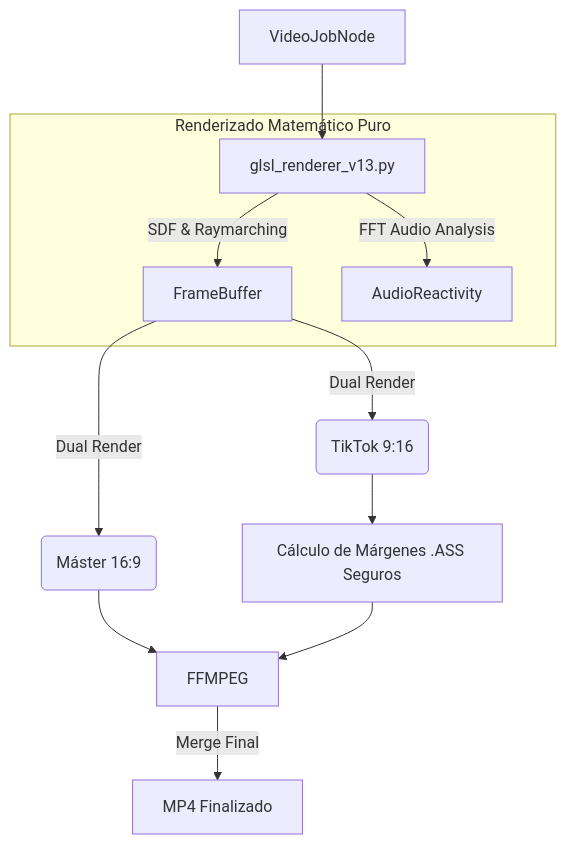
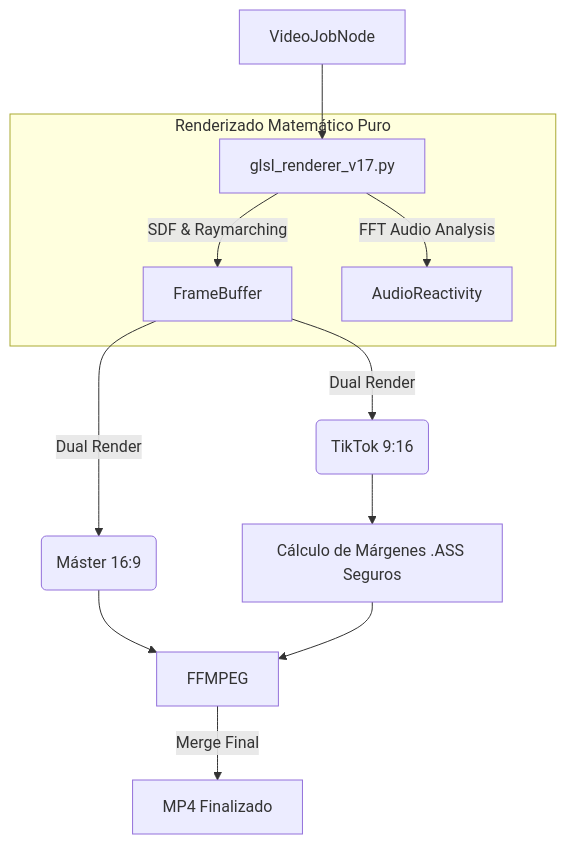
The first of 2 diagrams in wiki/3-Pipelines-y-Herramientas.md (DarckRovert/Gravity_AI_bridge), drawn with Mermaid before and after one commit. The commit also changed 1 other file, not shown here.

Commit message:
chore: Gravity AI Bridge V16.6 PRO [Diamond-Tier] - estabilizado 2026-06-28  7:40

````diff
--- a/wiki/3-Pipelines-y-Herramientas.md
+++ b/wiki/3-Pipelines-y-Herramientas.md
@@ -15,17 +15,17 @@
 ```mermaid
 graph TD
-    Job[VideoJobNode] --> Engine[glsl_renderer_v13.py]
+    Job[VideoJobNode] --> Engine[glsl_renderer_v17.py]
     
     subgraph Renderizado Matemático Puro
         Engine -->|SDF & Raymarching| FrameBuffer
         Engine -->|FFT Audio Analysis| AudioReactivity
     end
     
     FrameBuffer -->|Dual Render| Out1(Máster 16:9)
     FrameBuffer -->|Dual Render| Out2(TikTok 9:16)
     
     Out2 --> Subtitles[Cálculo de Márgenes .ASS Seguros]
     Out1 --> FFMPEG
     Subtitles --> FFMPEG
     FFMPEG -->|Merge Final| Video[MP4 Finalizado]
 ```
````
